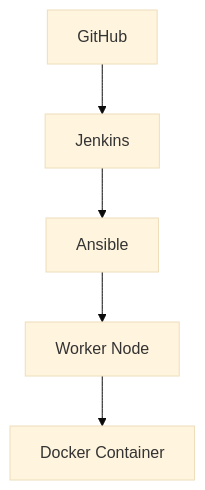
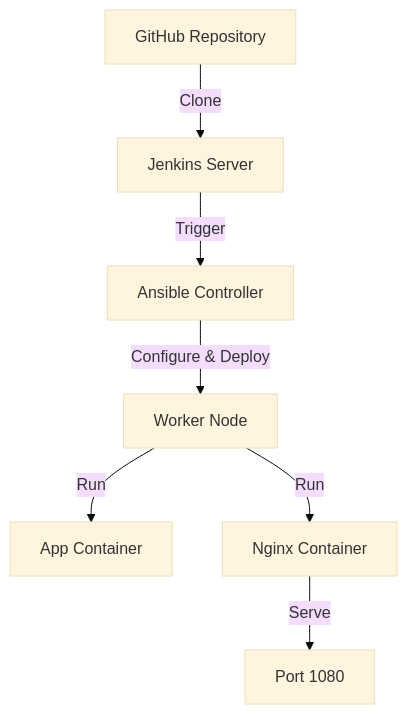
One commit to Adil61220/DevOps-Project changed the diagram in PRESENTATION.md. Above: the diagram before and after it, drawn with Mermaid (base theme). The commit also changed other lines of this file, not shown here.

````diff
--- a/PRESENTATION.md
+++ b/PRESENTATION.md
@@ -35,7 +33,9 @@
 ```mermaid
 flowchart TD
-    A[GitHub] --> B[Jenkins]
-    B --> C[Ansible]
-    C --> D[Worker Node]
-    D --> E[Docker Container]
+    A[GitHub Repository] -->|Clone| B[Jenkins Server]
+    B -->|Trigger| C[Ansible Controller]
+    C -->|Configure & Deploy| D[Worker Node]
+    D -->|Run| E[App Container]
+    D -->|Run| F[Nginx Container]
+    F -->|Serve| G[Port 1080]
 ```
````
